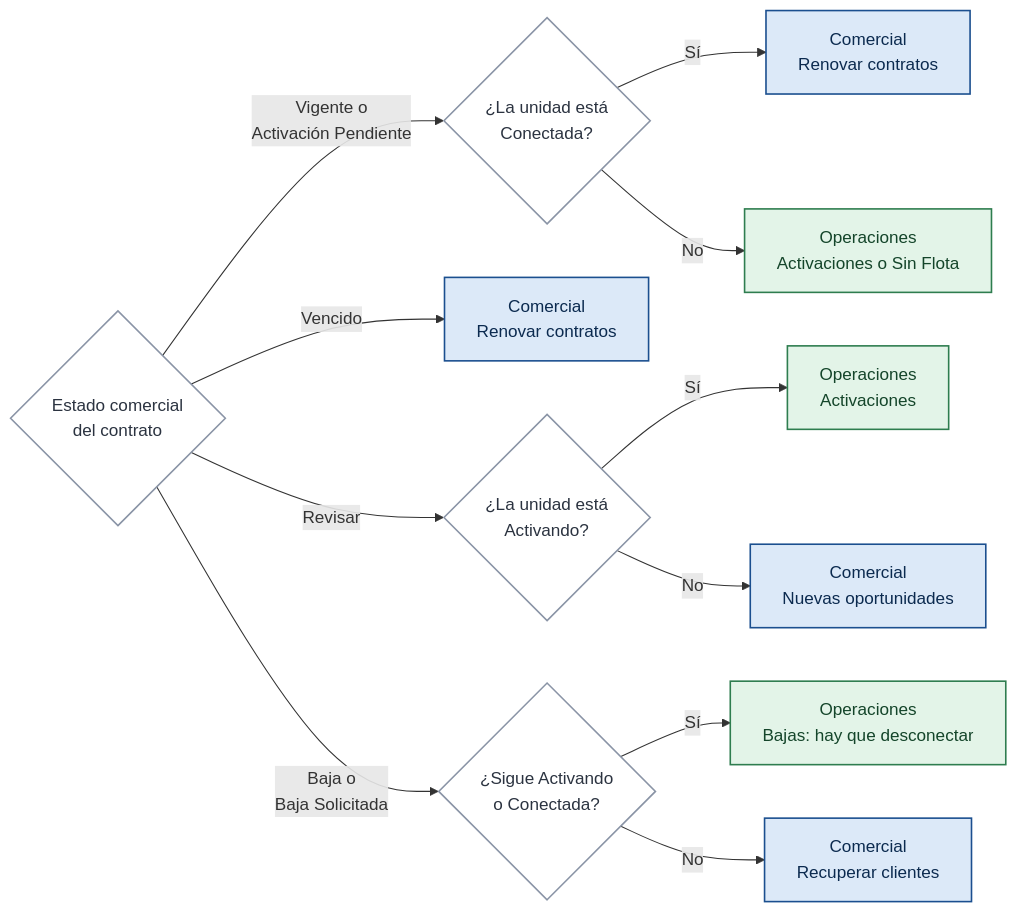
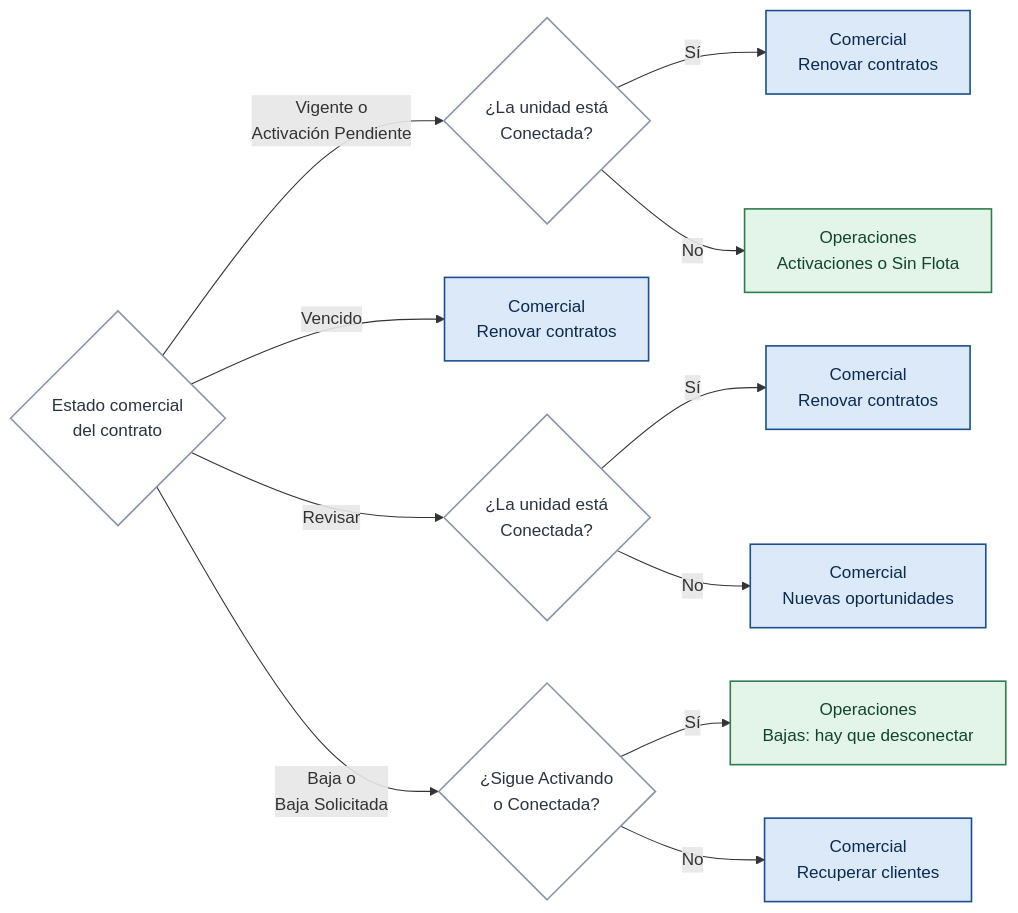
One commit to felipeMon20/PTY4614-302-EQUIPO-2 changed the fourth of 31 diagrams in Fase 2/Evidencias Proyecto/Evidencias de documentación/docs/08. Arquitectura Visual y Diagramas.md. Above: the diagram before and after it, drawn with Mermaid. The commit also changed other lines of this file and 315 other files, not shown here.

````diff
--- a/Fase 2/Evidencias Proyecto/Evidencias de documentación/docs/08. Arquitectura Visual y Diagramas.md
+++ b/Fase 2/Evidencias Proyecto/Evidencias de documentación/docs/08. Arquitectura Visual y Diagramas.md
@@ -135,22 +137,22 @@
 ```mermaid
 flowchart LR
     E{"Estado comercial<br/>del contrato"}:::neutro
     E -->|"Vigente o<br/>Activación Pendiente"| V{"¿La unidad está<br/>Conectada?"}:::neutro
     V -->|Sí| C1["Comercial<br/>Renovar contratos"]:::pantalla
     V -->|No| O1["Operaciones<br/>Activaciones o Sin Flota"]:::accion
     E -->|Vencido| C2["Comercial<br/>Renovar contratos"]:::pantalla
-    E -->|Revisar| R{"¿La unidad está<br/>Activando?"}:::neutro
-    R -->|Sí| O2["Operaciones<br/>Activaciones"]:::accion
+    E -->|Revisar| R{"¿La unidad está<br/>Conectada?"}:::neutro
+    R -->|Sí| O2["Comercial<br/>Renovar contratos"]:::pantalla
     R -->|No| C3["Comercial<br/>Nuevas oportunidades"]:::pantalla
     E -->|"Baja o<br/>Baja Solicitada"| B{"¿Sigue Activando<br/>o Conectada?"}:::neutro
     B -->|Sí| O3["Operaciones<br/>Bajas: hay que desconectar"]:::accion
     B -->|No| C4["Comercial<br/>Recuperar clientes"]:::pantalla
     classDef pantalla fill:#DCE9F8,stroke:#1B4F8F,color:#0B2A4F,stroke-width:1.5px
     classDef grupo fill:#1B4F8F,stroke:#0B2A4F,color:#FFFFFF,stroke-width:1.5px
     classDef accion fill:#E3F4E8,stroke:#2E7D4F,color:#14452A,stroke-width:1.5px
     classDef archivo fill:#F1F3F6,stroke:#7A8494,color:#2B3340,stroke-width:1.5px
     classDef externo fill:#EDE7F6,stroke:#6B4FA8,color:#3A2670,stroke-width:1.5px
     classDef alerta fill:#FDECEC,stroke:#B3372F,color:#6E1712,stroke-width:1.5px
     classDef aviso fill:#FFF4D6,stroke:#B58100,color:#5C4300,stroke-width:1.5px
     classDef neutro fill:#FFFFFF,stroke:#8A94A6,color:#2B3340,stroke-width:1.5px
 ```
````
